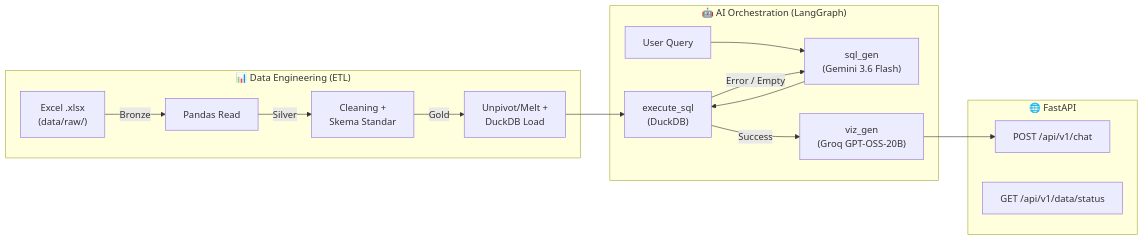
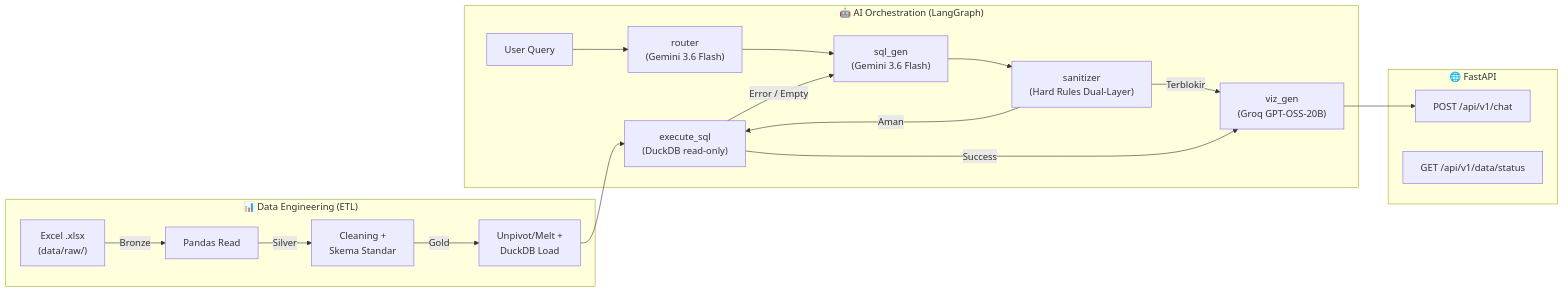
Before and after one commit to bielnzar/rag-komersial-tps: the first of 3 diagrams in milestone/WALKTHROUGH.md, drawn with Mermaid. The commit also changed other lines of this file and 34 other files, not shown here.

````diff
--- a/milestone/WALKTHROUGH.md
+++ b/milestone/WALKTHROUGH.md
@@ -20,23 +20,26 @@
 ```mermaid
 flowchart LR
     subgraph DATA["📊 Data Engineering (ETL)"]
         A["Excel .xlsx\n(data/raw/)"] -->|Bronze| B["Pandas Read"]
         B -->|Silver| C["Cleaning +\nSkema Standar"]
         C -->|Gold| D["Unpivot/Melt +\nDuckDB Load"]
     end
 
     subgraph AI["🤖 AI Orchestration (LangGraph)"]
-        E["User Query"] --> F["sql_gen\n(Gemini 3.6 Flash)"]
-        F --> G["execute_sql\n(DuckDB)"]
+        E["User Query"] --> R["router\n(Gemini 3.6 Flash)"]
+        R --> F["sql_gen\n(Gemini 3.6 Flash)"]
+        F --> S["sanitizer\n(Hard Rules Dual-Layer)"]
+        S -->|Aman| G["execute_sql\n(DuckDB read-only)"]
+        S -->|Terblokir| H
         G -->|Error / Empty| F
         G -->|Success| H["viz_gen\n(Groq GPT-OSS-20B)"]
     end
 
     subgraph API["🌐 FastAPI"]
         I["POST /api/v1/chat"]
         J["GET /api/v1/data/status"]
     end
 
     D --> G
     H --> I
 ```
````
